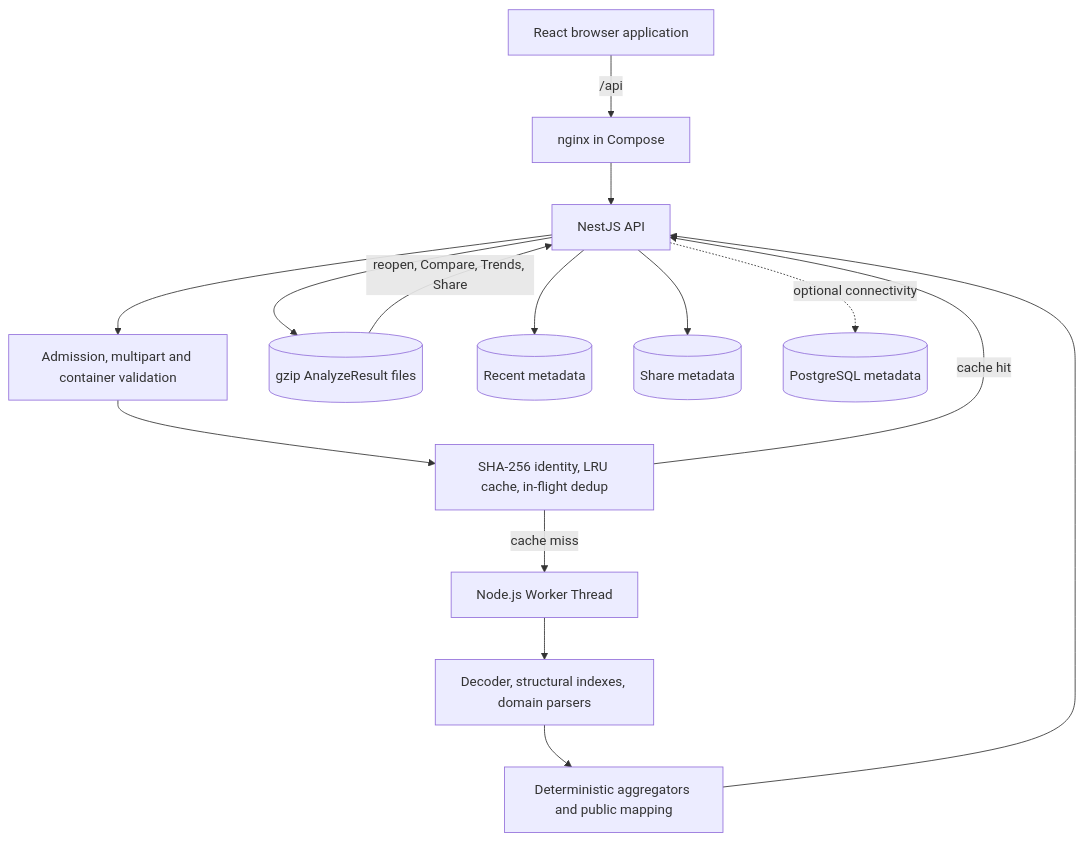
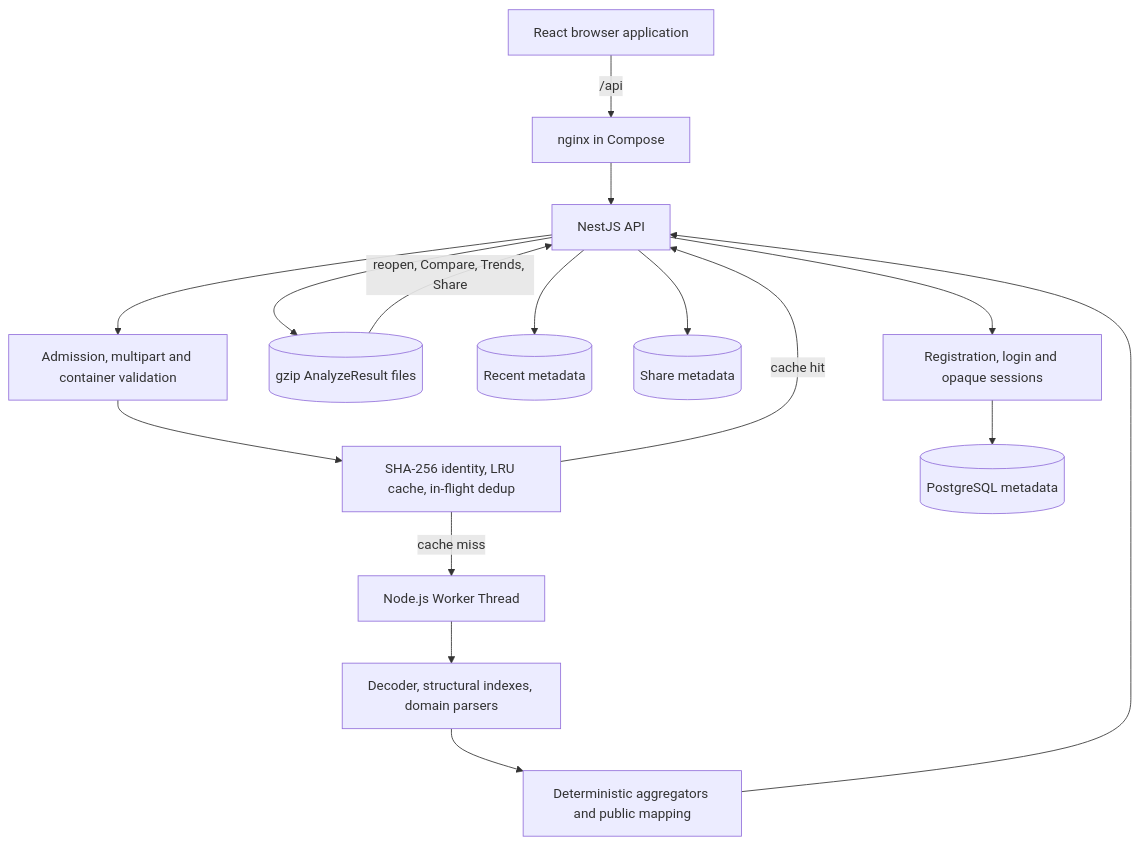
Before and after one commit to Panasenko-Vitalii-2005/hoi4-save-tracker: the diagram in docs/architecture.md, drawn with Mermaid. The commit also changed other lines of this file and 25 other files, not shown here.

````diff
--- a/docs/architecture.md
+++ b/docs/architecture.md
@@ -7,26 +7,27 @@
 ```mermaid
 flowchart TD
   Browser[React browser application]
   Nginx[nginx in Compose]
   API[NestJS API]
   Upload[Admission, multipart and container validation]
   Identity[SHA-256 identity, LRU cache, in-flight dedup]
   Worker[Node.js Worker Thread]
   Parser[Decoder, structural indexes, domain parsers]
   Aggregate[Deterministic aggregators and public mapping]
   Results[(gzip AnalyzeResult files)]
   Recent[(Recent metadata)]
   Shares[(Share metadata)]
   Postgres[(PostgreSQL metadata)]
+  Auth[Registration, login and opaque sessions]
 
   Browser -->|/api| Nginx
   Nginx --> API
   API --> Upload --> Identity
   Identity -->|cache hit| API
   Identity -->|cache miss| Worker --> Parser --> Aggregate --> API
   API --> Results
   API --> Recent
   API --> Shares
-  API -.->|optional connectivity| Postgres
+  API --> Auth --> Postgres
   Results -->|reopen, Compare, Trends, Share| API
 ```
````
